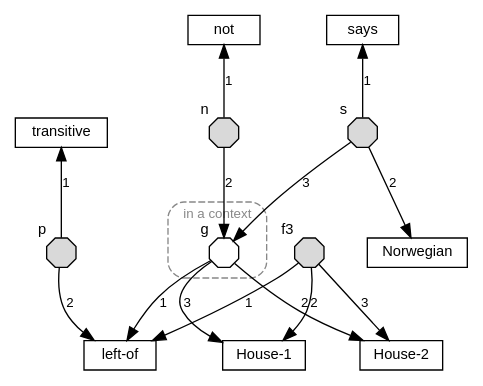
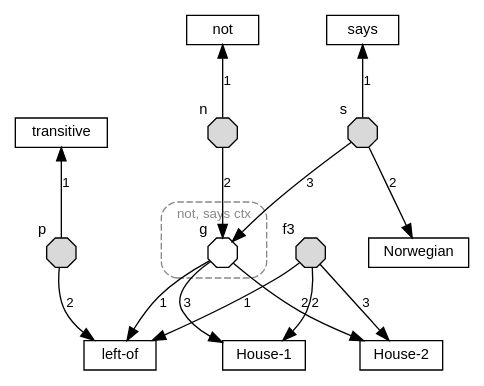
One commit to agutikov/ein changed the diagram in plans/m1f_hypothesis_and_documentation/p1f.22_nested_facts/diagrams/inctx-what-an-arrow-points-at.dot. Above: the diagram before and after it, drawn with Graphviz. The commit also changed 15 other files, not shown here.

Commit message:
P1f.22: the frame of a context is labelled with the context's relation, on the user's word (think ctx): one frame names two relations where facts of both point at a fact, and frames stand side by side. The six trial figures redrawn. Q-M1f.398 ruled; S1f.22.2 started. Docs only.

```diff
--- a/plans/m1f_hypothesis_and_documentation/p1f.22_nested_facts/diagrams/inctx-what-an-arrow-points-at.dot
+++ b/plans/m1f_hypothesis_and_documentation/p1f.22_nested_facts/diagrams/inctx-what-an-arrow-points-at.dot
@@ -1,15 +1,15 @@
 digraph inctx_what_an_arrow_points_at {
   rankdir=TB; nodesep=0.45; ranksep=0.6; forcelabels=true;
   node [shape=box, fontname="Helvetica", fontsize=11, height=0.3];
   edge [fontname="Helvetica", fontsize=10];
   "transitive"; "not"; "says"; "left-of";
   p [shape=octagon, label="", width=0.3, height=0.3, fixedsize=true, style=filled, fillcolor="#d9d9d9", xlabel="p"]; n [shape=octagon, label="", width=0.3, height=0.3, fixedsize=true, style=filled, fillcolor="#d9d9d9", xlabel="n"]; s [shape=octagon, label="", width=0.3, height=0.3, fixedsize=true, style=filled, fillcolor="#d9d9d9", xlabel="s"]; f3 [shape=octagon, label="", width=0.3, height=0.3, fixedsize=true, style=filled, fillcolor="#d9d9d9", xlabel="f3"];
-  subgraph cluster_ctx { label="in a context"; labeljust=l; fontname="Helvetica"; fontsize=10; fontcolor="#888888"; style="dashed,rounded"; color="#888888";
+  subgraph cluster_ctx_not_says { label="not, says ctx"; labeljust=l; fontname="Helvetica"; fontsize=10; fontcolor="#888888"; style="dashed,rounded"; color="#888888";
     g [shape=octagon, label="", width=0.3, height=0.3, fixedsize=true, style=solid, xlabel="g"];
   }
   "transitive" -> p [label="1", dir=back]; p -> "left-of" [label="2"];
   "not" -> n [label="1", dir=back]; n -> g [label="2"];
   "says" -> s [label="1", dir=back]; s -> "Norwegian" [label="2"]; s -> g [label="3"];
   f3 -> "left-of" [label="1"]; f3 -> "House-1" [label="2"]; f3 -> "House-2" [label="3"];
   g -> "left-of" [label="1"]; g -> "House-2" [label="2"]; g -> "House-1" [label="3"];
 }
```
